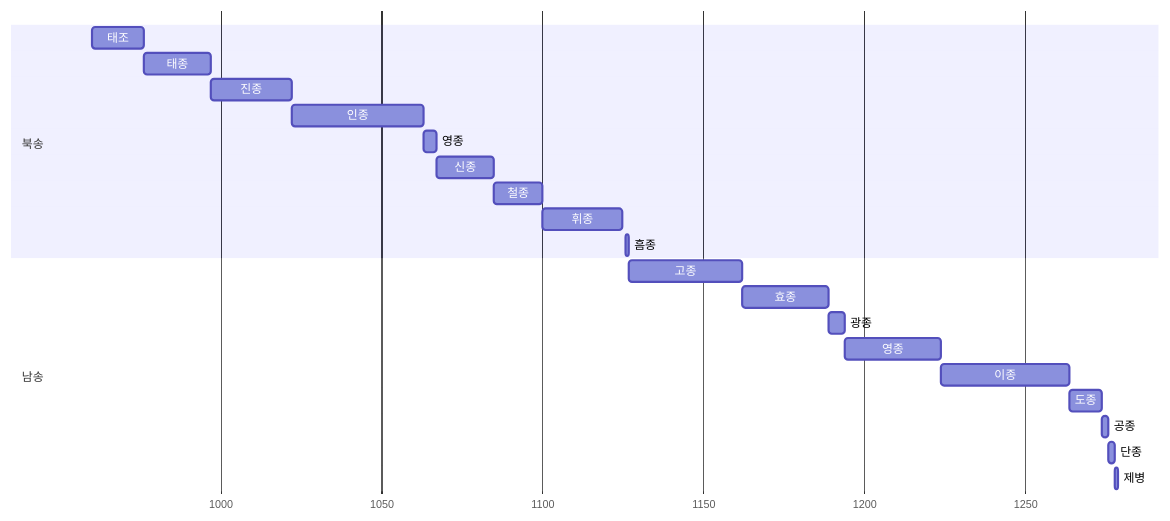
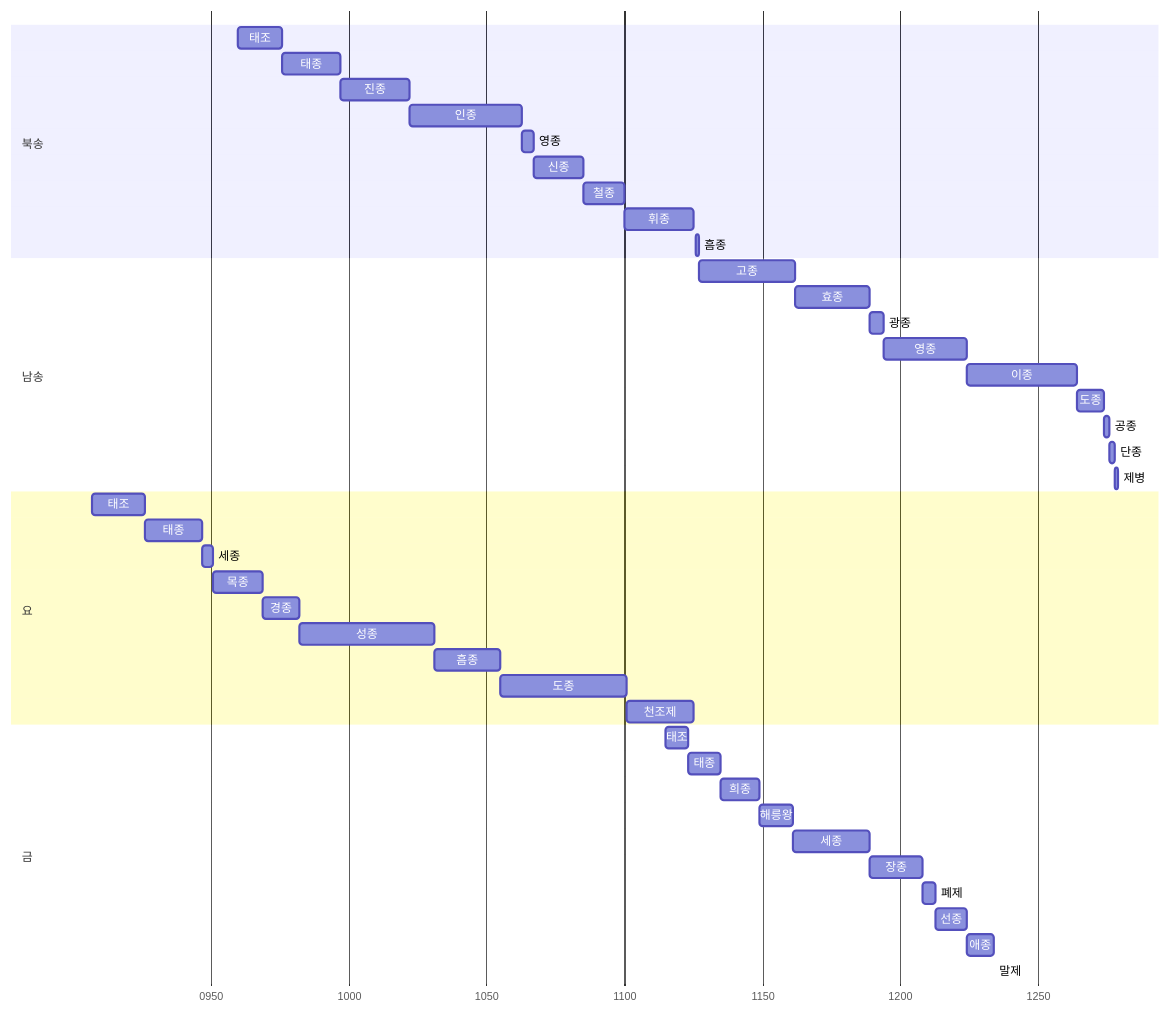
Before and after one commit to daewonyoon/historigram: the second of 2 diagrams in 중국사/송왕조.md, drawn with Mermaid. The commit also changed other lines of this file, not shown here.

Commit message:
송왕조 가계도, 타임라인 업데이트.

````diff
--- a/중국사/송왕조.md
+++ b/중국사/송왕조.md
@@ -19,29 +20,52 @@
 ```mermaid
 gantt
 
 dateFormat YYYY
 axisFormat %Y
 
 section 북송
 태조: 0960,0976
 태종: 0976,0997
 진종: 0997,1022
 인종: 1022,1063
 영종: 1063, 1067
 신종: 1067, 1085
 철종: 1085, 1100
 휘종: 1100, 1125
 흠종: 1126, 1127
 
 section 남송
 고종: 1127, 1162
 효종: 1162, 1189
 광종: 1189, 1194
 영종: 1194, 1224
 이종: 1224, 1264
 도종: 1264, 1274
 공종: 1274, 1276
 단종: 1276, 1278
 제병: 1278, 1279
 
+section 요
+태조: 0907, 0926
+태종: 0926, 0947
+세종: 0947, 0951
+목종: 0951, 0969
+경종: 0969, 0982
+성종: 0982, 1031
+흠종: 1031, 1055
+도종: 1055, 1101
+천조제: 1101, 1125
+
+section 금
+태조 : 1115, 1123
+태종 : 1123, 1135
+희종 : 1135, 1149
+해릉왕 : 1149, 1161
+세종 : 1161, 1189
+장종 : 1189, 1208
+폐제 : 1208, 1213
+선종 : 1213, 1224
+애종 : 1224, 1234
+말제 : 1234, 1234
+
 ```
````
